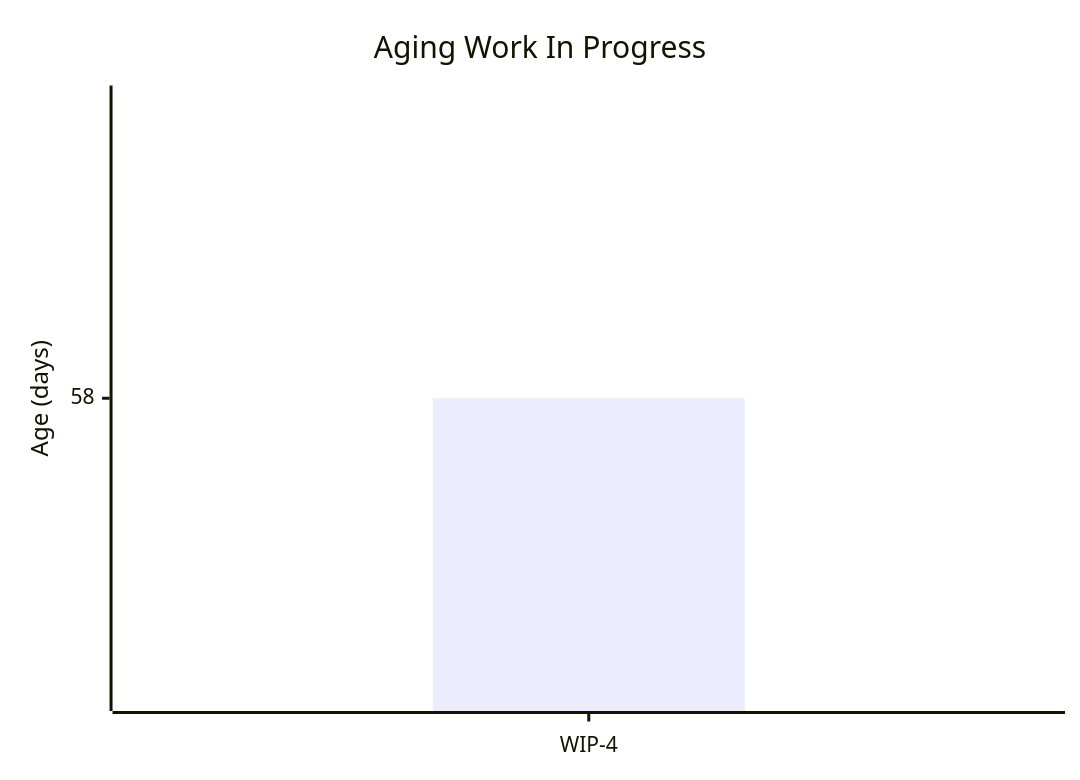
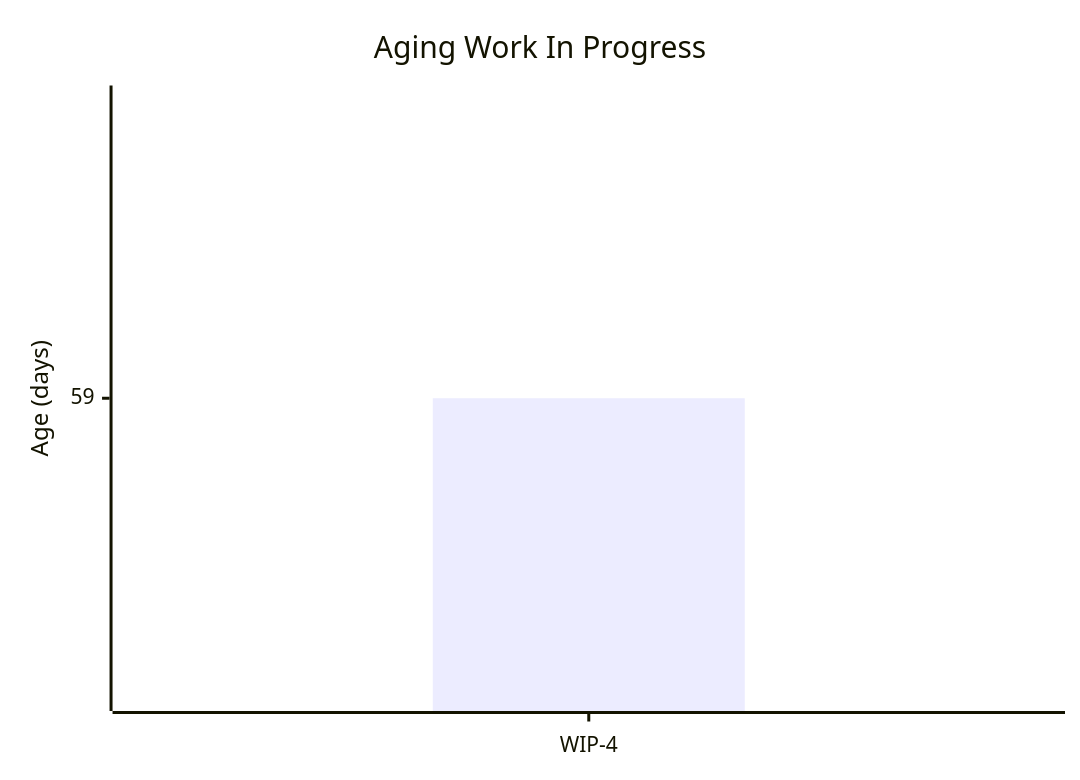
One commit to cbroult/predictability-engine changed the first of 5 diagrams in data/samples/reports/sample_data_large/priorities/Highest.md. Above: the diagram before and after it, drawn with Mermaid. The commit also changed other lines of this file and 74 other files, not shown here.

````diff
--- a/data/samples/reports/sample_data_large/priorities/Highest.md
+++ b/data/samples/reports/sample_data_large/priorities/Highest.md
@@ -29,7 +29,7 @@
 ```mermaid
 xychart-beta
     title "Aging Work In Progress"
     x-axis ["WIP-4"]
     y-axis "Age (days)"
-    bar "Age" [58]
+    bar "Age" [59]
 ```
````
